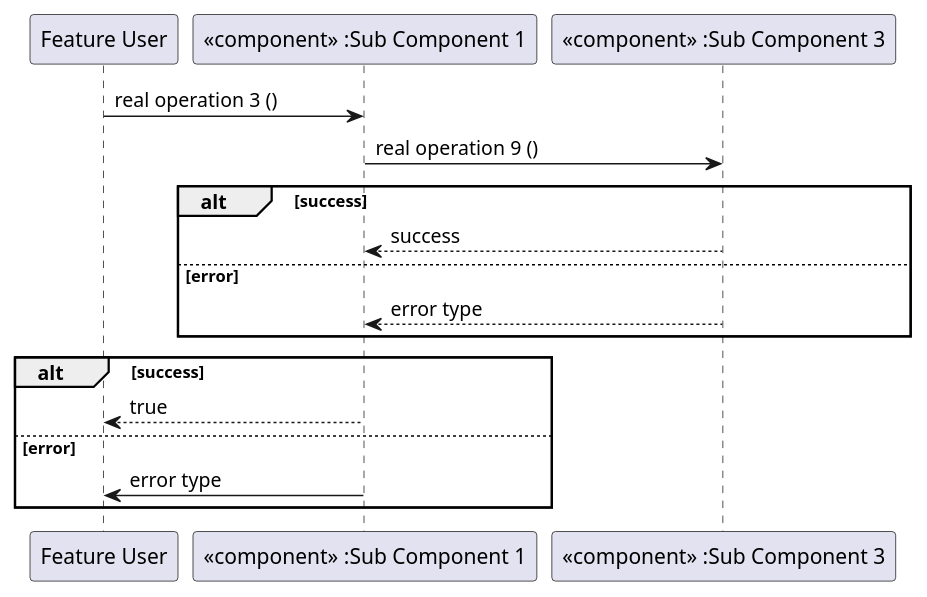
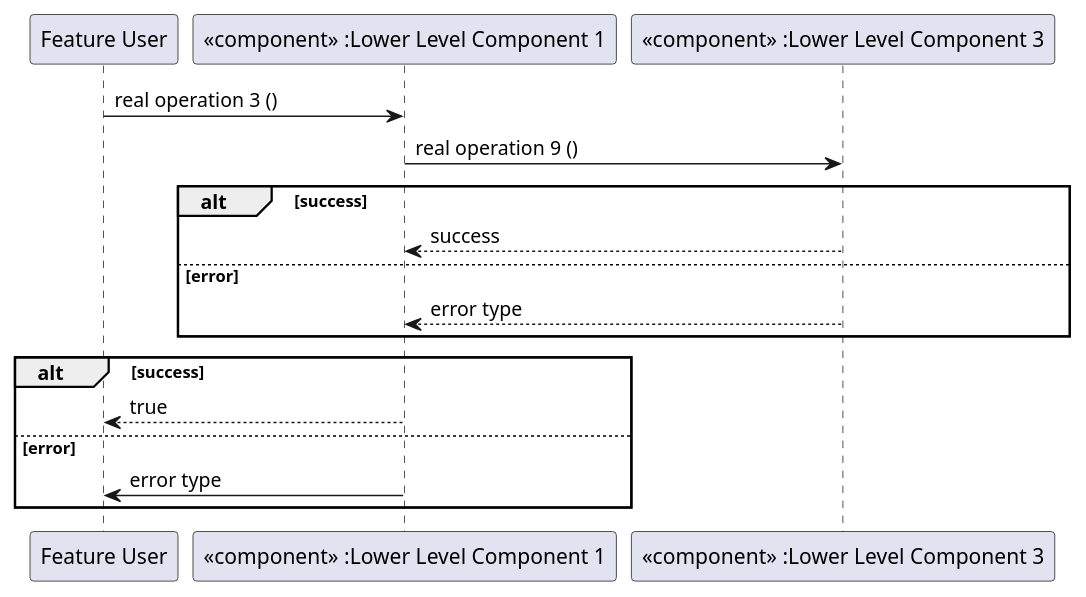
Before and after one commit to qorix-group/process_description: the diagram in docs/process/process_areas/architecture_design/_assets/component_architecture_dynamic.puml, drawn with PlantUML. The commit also changed 3 other files, not shown here.

First line of the commit message:
docs: refactor architecture drawing extension (#651)

```diff
--- a/docs/process/process_areas/architecture_design/_assets/component_architecture_dynamic.puml
+++ b/docs/process/process_areas/architecture_design/_assets/component_architecture_dynamic.puml
@@ -29,22 +29,22 @@
 @startuml
 
 participant "Feature User" as actor
-participant "«component» :Sub Component 1" as sc1
-participant "«component» :Sub Component 3" as sc3
+participant "«component» :Lower Level Component 1" as sc1
+participant "«component» :Lower Level Component 3" as sc3
 
 actor -> sc1: real operation 3 ()
 sc1 -> sc3: real operation 9 ()
 
 alt success
     sc3 --> sc1: success
 else error
     sc3 --> sc1: error type
 end
 
 alt success
     sc1 --> actor: true
 else error
     sc1 -> actor: error type
 end
 
 @enduml
```
